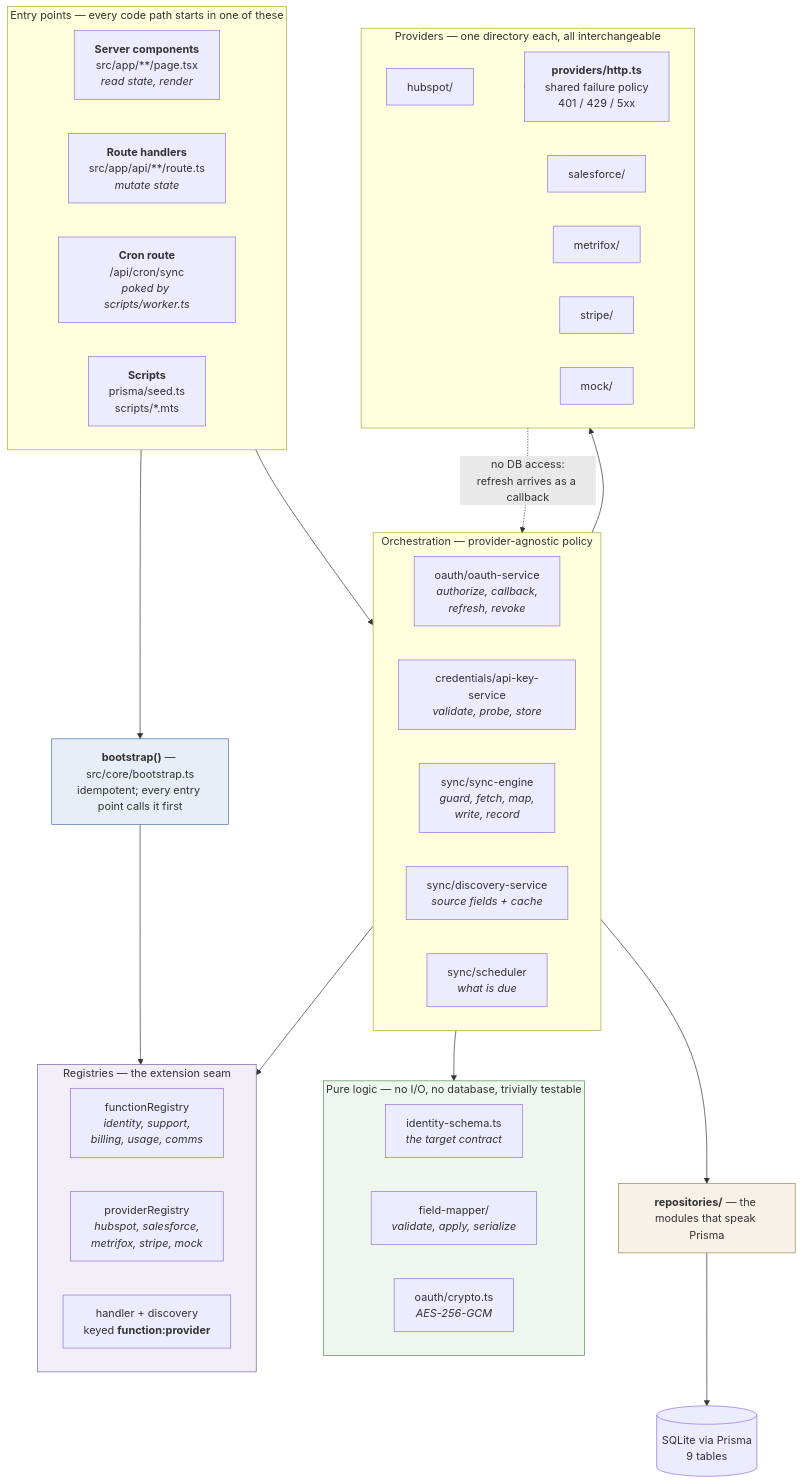
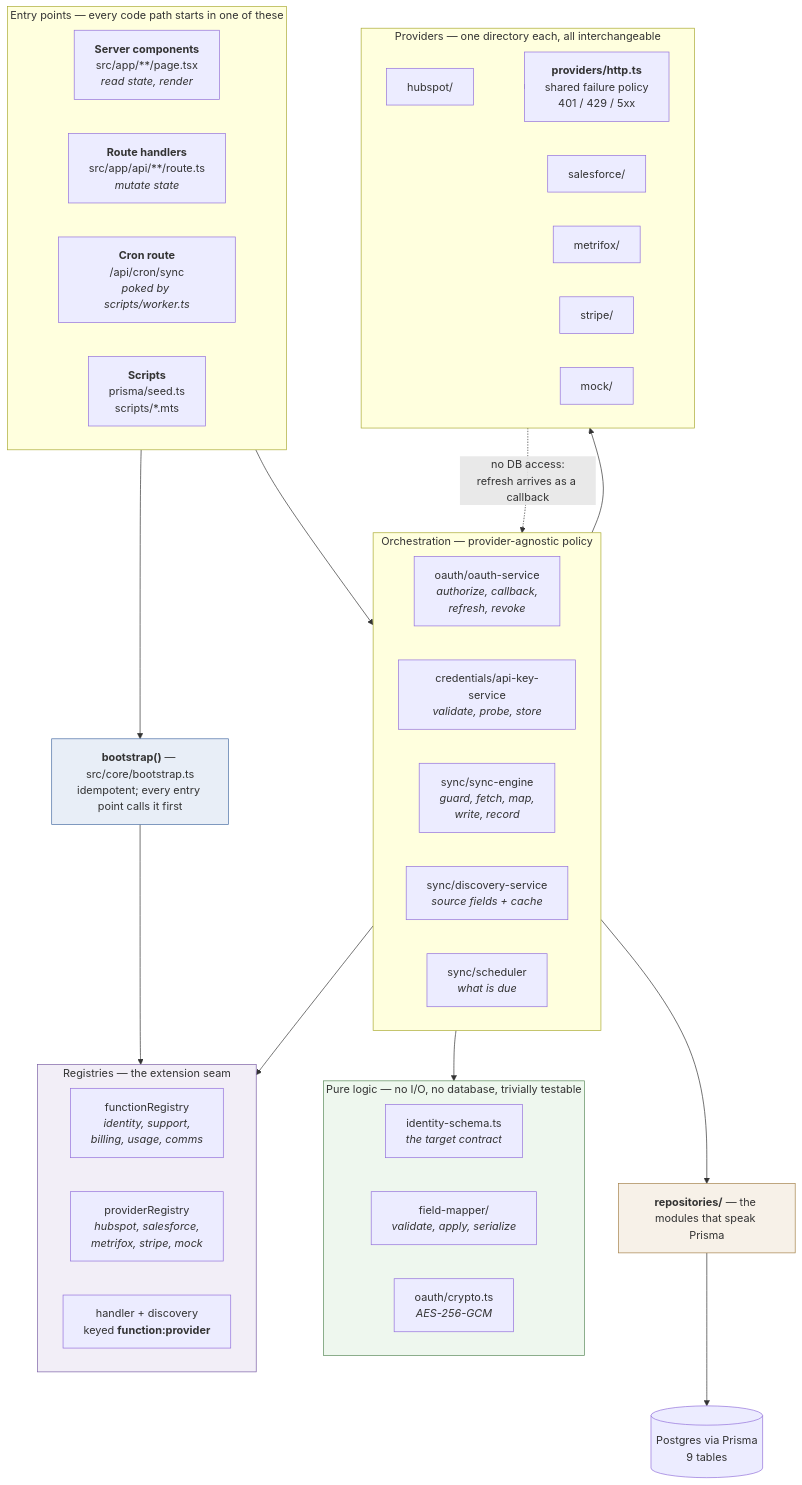
The first of 8 diagrams in docs/architecture.md (ajibade-ibrahim/Integration-Demo), drawn with Mermaid before and after one commit. The commit also changed other lines of this file and 18 other files, not shown here.

Commit message:
switched to postgres from sqlite

````diff
--- a/docs/architecture.md
+++ b/docs/architecture.md
@@ -25,64 +25,64 @@
 ```mermaid
 flowchart TB
     subgraph entry["Entry points — every code path starts in one of these"]
         direction LR
         PAGES["<b>Server components</b><br/>src/app/**/page.tsx<br/><i>read state, render</i>"]
         ROUTES["<b>Route handlers</b><br/>src/app/api/**/route.ts<br/><i>mutate state</i>"]
         CRONR["<b>Cron route</b><br/>/api/cron/sync<br/><i>poked by scripts/worker.ts</i>"]
         SCRIPTS["<b>Scripts</b><br/>prisma/seed.ts<br/>scripts/*.mts"]
     end
 
     BOOT["<b>bootstrap()</b> — src/core/bootstrap.ts<br/>idempotent; every entry point calls it first"]
 
     subgraph registries["Registries — the extension seam"]
         direction LR
         FREG["functionRegistry<br/><i>identity, support,<br/>billing, usage, comms</i>"]
         PREG["providerRegistry<br/><i>hubspot, salesforce,<br/>metrifox, stripe, mock</i>"]
         HREG["handler + discovery<br/>keyed <b>function:provider</b>"]
     end
 
     subgraph services["Orchestration — provider-agnostic policy"]
         direction LR
         OAUTHS["oauth/oauth-service<br/><i>authorize, callback,<br/>refresh, revoke</i>"]
         KEYS["credentials/api-key-service<br/><i>validate, probe, store</i>"]
         ENGINE["sync/sync-engine<br/><i>guard, fetch, map,<br/>write, record</i>"]
         DISCO["sync/discovery-service<br/><i>source fields + cache</i>"]
         SCHED["sync/scheduler<br/><i>what is due</i>"]
     end
 
     subgraph pure["Pure logic — no I/O, no database, trivially testable"]
         direction LR
         SCHEMA["identity-schema.ts<br/><i>the target contract</i>"]
         MAPPER["field-mapper/<br/><i>validate, apply, serialize</i>"]
         CRYPTO["oauth/crypto.ts<br/><i>AES-256-GCM</i>"]
     end
 
     subgraph provs["Providers — one directory each, all interchangeable"]
         direction LR
         HS["hubspot/"]
         SF["salesforce/"]
         MF["metrifox/"]
         ST["stripe/"]
         MK["mock/"]
         HTTP["<b>providers/http.ts</b><br/>shared failure policy<br/>401 / 429 / 5xx"]
     end
 
     REPOS["<b>repositories/</b> — the modules that speak Prisma"]
-    DB[("SQLite via Prisma<br/>9 tables")]
+    DB[("Postgres via Prisma<br/>9 tables")]
 
     entry --> BOOT
     BOOT --> registries
     entry --> services
     services --> registries
     services --> pure
     services --> provs
     provs --> HTTP
     services --> REPOS
     provs -.->|"no DB access:<br/>refresh arrives as a callback"| services
     REPOS --> DB
 
     style BOOT fill:#e8eef7,stroke:#4a6fa5
     style registries fill:#f2eef7,stroke:#7a5fa5
     style pure fill:#eef7ee,stroke:#5a8a5a
     style REPOS fill:#f7f1e8,stroke:#a5824a
 ```
````
